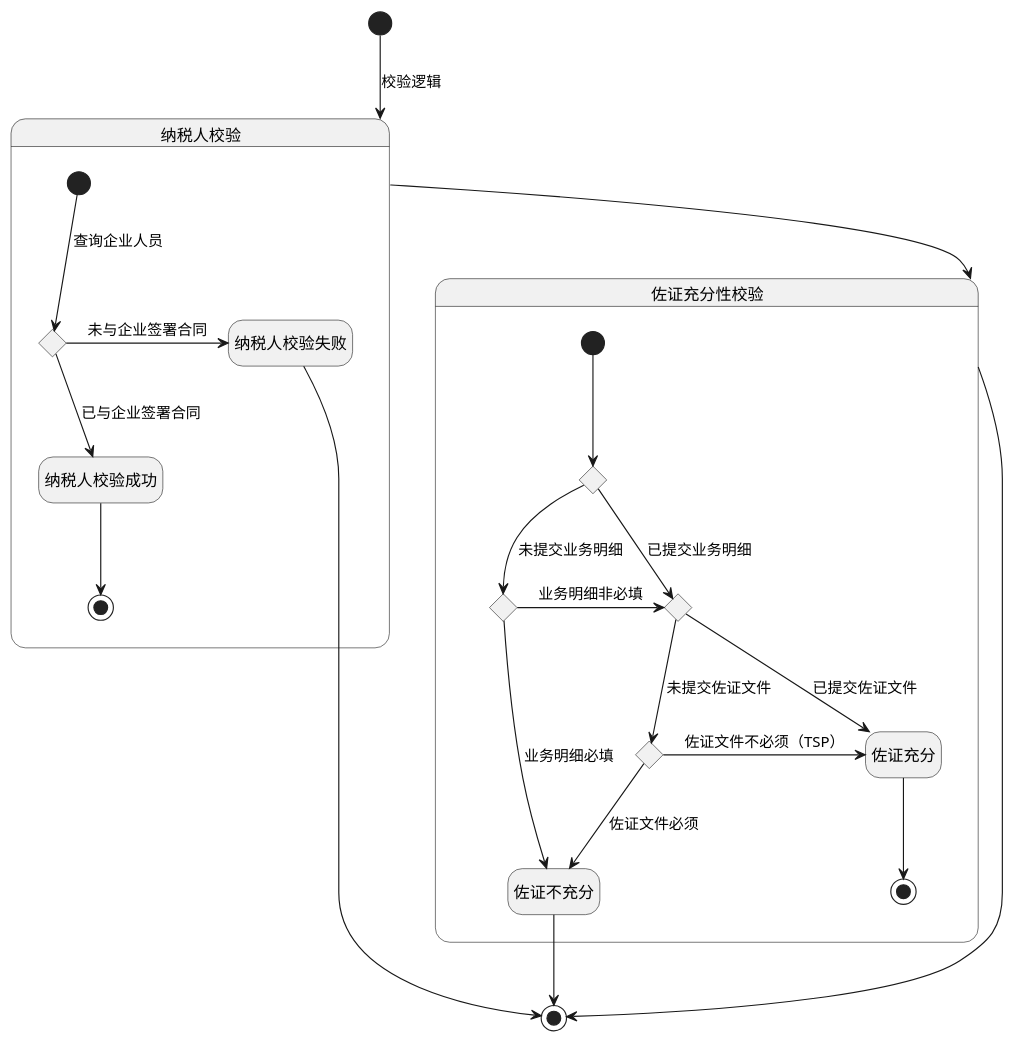
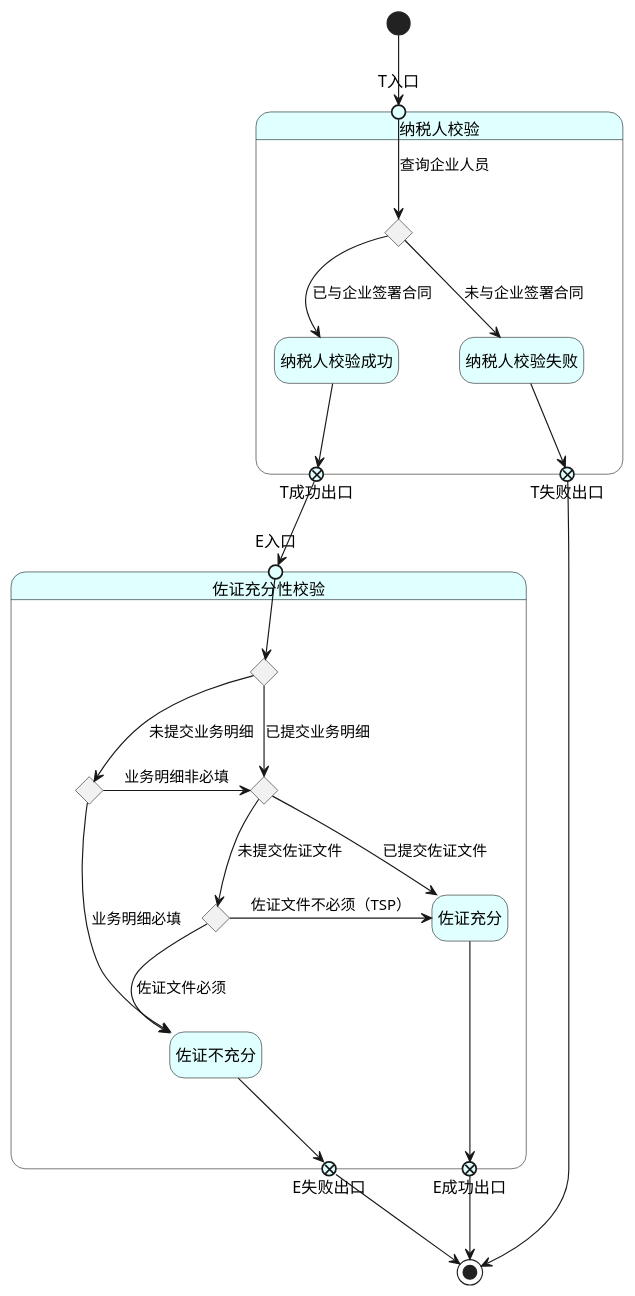
The diagram in wfc/invoice-form/request-form-validation.wsd (maomaoliu/plant-uml), drawn with PlantUML before and after one commit. The commit also changed 4 other files, not shown here.

Commit message:
add invoice form flow chart

```diff
--- a/wfc/invoice-form/request-form-validation.wsd
+++ b/wfc/invoice-form/request-form-validation.wsd
@@ -1,39 +1,43 @@
 @startuml
 hide empty description
-
+skinparam state {
+  BackgroundColor LightCyan
+}
 '申请单业务校验
-[*] --> 纳税人校验 : 校验逻辑
 state 纳税人校验 {
     state 人员是否签署合同 <<choice>>
 
-    [*] --> 人员是否签署合同 : 查询企业人员
-    人员是否签署合同 -right-> 纳税人校验失败 : 未与企业签署合同
+    T入口 <<EntryPoint>> --> 人员是否签署合同 : 查询企业人员
+    人员是否签署合同 --> 纳税人校验失败 : 未与企业签署合同
     人员是否签署合同 --> 纳税人校验成功 : 已与企业签署合同
-    纳税人校验成功 --> [*]
+    纳税人校验成功 --> T成功出口 <<ExitPoint>>
+    纳税人校验失败 --> T失败出口 <<ExitPoint>>
 }
-纳税人校验失败 --> [*]
-
-纳税人校验 --> 佐证充分性校验 
+[*] --> T入口
 
 state 佐证充分性校验 {
     state 是否提交业务明细 <<choice>>
     state 业务明细配置是否必填 <<choice>>
     state 是否提交佐证文件 <<choice>>
     state 佐证文件是否必须 <<choice>>
     
-    [*] --> 是否提交业务明细
+    E入口 <<EntryPoint>> --> 是否提交业务明细
     是否提交业务明细 --> 业务明细配置是否必填 : 未提交业务明细
     是否提交业务明细 --> 是否提交佐证文件 : 已提交业务明细
     业务明细配置是否必填 -right-> 是否提交佐证文件 : 业务明细非必填
     业务明细配置是否必填 --> 佐证不充分 : 业务明细必填
     是否提交佐证文件 -right-> 佐证充分 : 已提交佐证文件
     是否提交佐证文件 --> 佐证文件是否必须 : 未提交佐证文件
     佐证文件是否必须 -right-> 佐证充分 : 佐证文件不必须（TSP）
     佐证文件是否必须 --> 佐证不充分 : 佐证文件必须
-    佐证充分 --> [*]
+    佐证不充分 --> E失败出口 <<ExitPoint>>
+    佐证充分 --> E成功出口 <<ExitPoint>>
 }
-佐证不充分 --> [*]
-佐证充分性校验 --> [*]
 
+T成功出口 --> E入口
+
+T失败出口 --> [*]
+E失败出口 --> [*]
+E成功出口 --> [*]
 
 @enduml
```
